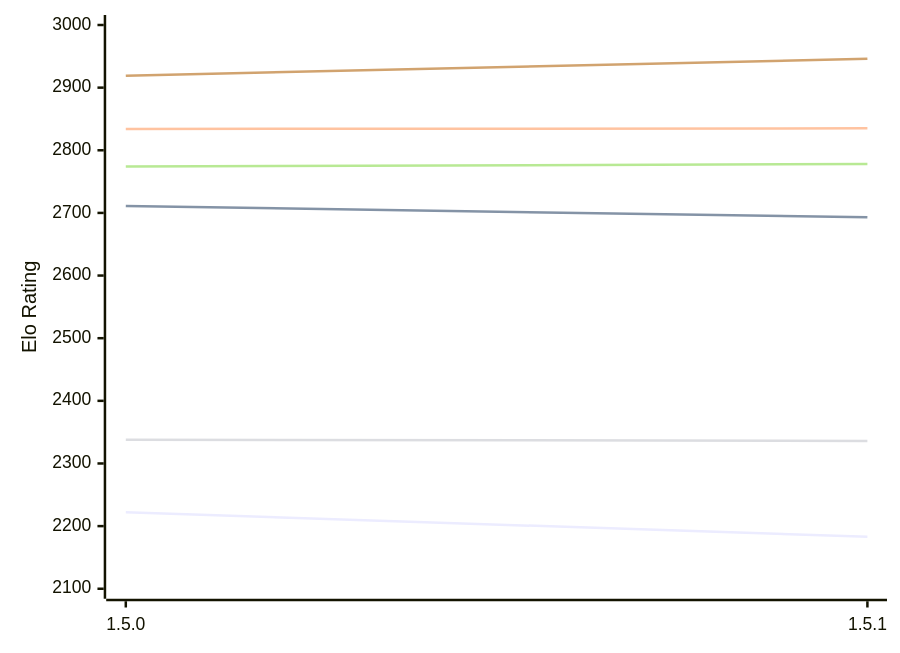
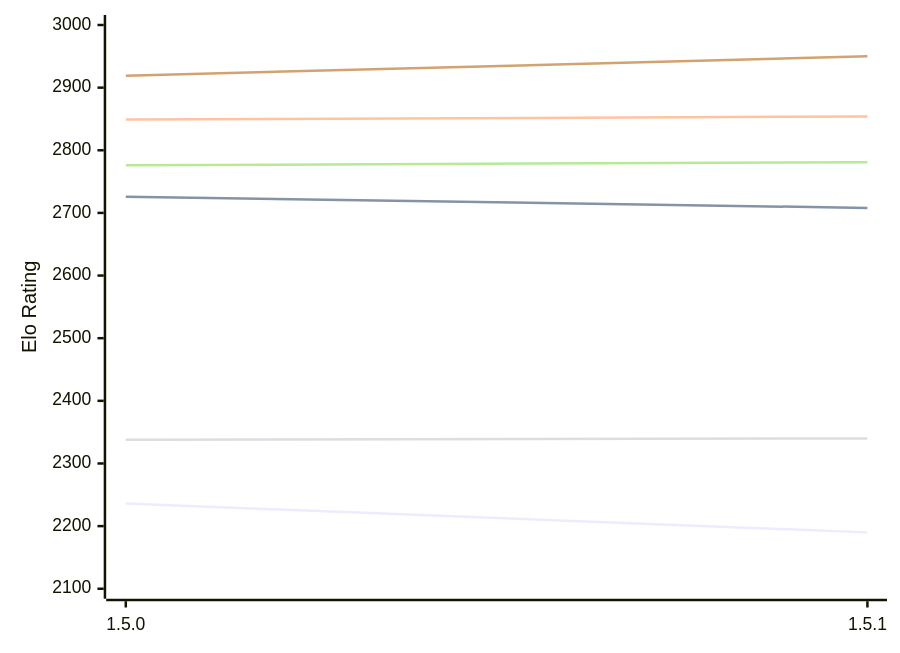
The first of 2 diagrams in engines/Coco.md (computer-chess-index/cci), drawn with Mermaid before and after one commit. The commit also changed other lines of this file, not shown here.

Commit message:
Update CCI Ratings (ELO VLTC) - 2026-10-22

````diff
--- a/engines/Coco.md
+++ b/engines/Coco.md
@@ -50,12 +50,12 @@
 ```mermaid
 %%{init: {"theme":"base","themeVariables":{"seriesColors:['#a3a3a3','#222221','#faa371']}}}%%
 xychart-beta
   x-axis ["1.5.0", "1.5.1"]
   y-axis "Elo Rating" 2100 --> 3000
-  line "E1: STC (8.0+0.08s)" [2222, 2183]
-  line "E1: LTC (60.0+0.60s)" [2711, 2693]
-  line "E1: VLTC (2m24s+1.12s)" [2834, 2835]
-  line "P1: STC (8.0+0.08s)" [2338, 2336]
-  line "P1: LTC (60.0+0.60s)" [2774, 2778]
-  line "P1: VLTC (2m24s+1.12s)" [2919, 2946]
+  line "E1: STC (8.0+0.08s)" [2236, 2190]
+  line "E1: LTC (60.0+0.60s)" [2726, 2708]
+  line "E1: VLTC (2m24s+1.12s)" [2849, 2854]
+  line "P1: STC (8.0+0.08s)" [2338, 2340]
+  line "P1: LTC (60.0+0.60s)" [2776, 2781]
+  line "P1: VLTC (2m24s+1.12s)" [2919, 2950]
 ```
````
